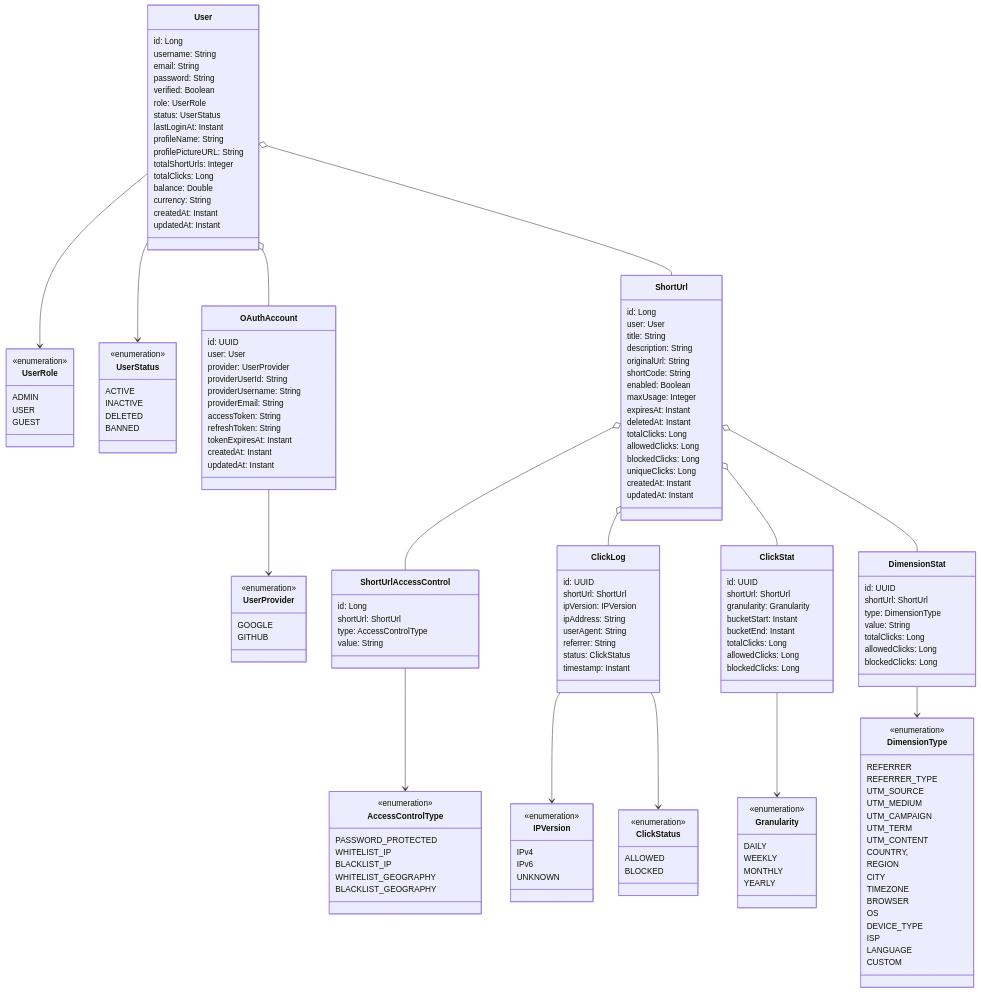
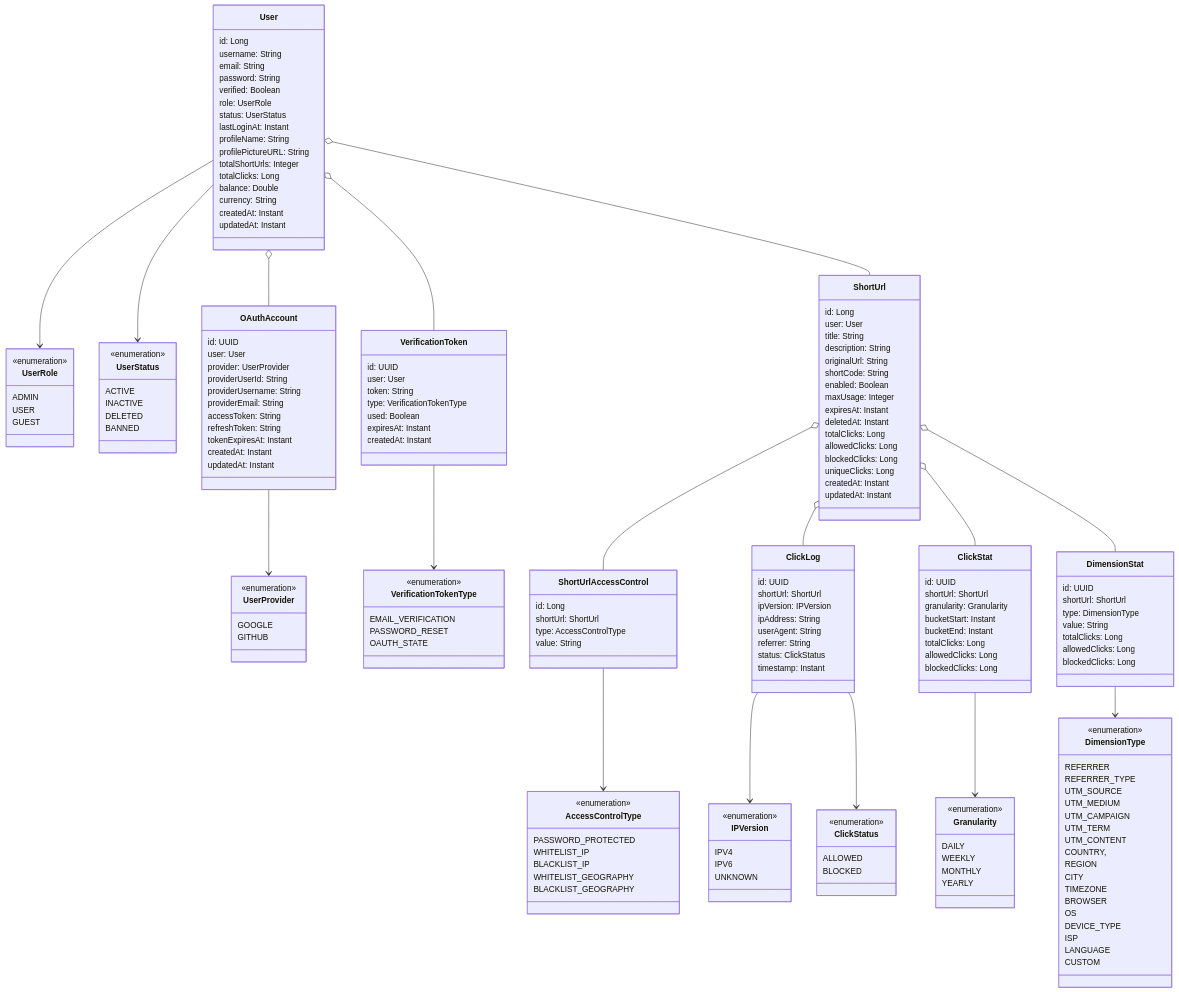
Before and after one commit to Zennisch/DATN_Intelink_Backend: the diagram in intelink-server/CLASS_DIAGRAM.md, drawn with Mermaid. The commit also changed 14 other files, not shown here.

```diff
--- a/intelink-server/CLASS_DIAGRAM.md
+++ b/intelink-server/CLASS_DIAGRAM.md
@@ -32,8 +32,8 @@
 
     class IPVersion {
         <<enumeration>>
-        IPv4
-        IPv6
+        IPV4
+        IPV6
         UNKNOWN
     }
 
@@ -73,6 +73,13 @@
         LANGUAGE
 
         CUSTOM
+    }
+
+    class VerificationTokenType {
+        <<enumeration>>
+        EMAIL_VERIFICATION
+        PASSWORD_RESET
+        OAUTH_STATE
     }
 
     class User {
@@ -115,6 +122,18 @@
 
         createdAt: Instant
         updatedAt: Instant
+    }
+
+    class VerificationToken {
+        id: UUID
+        user: User
+
+        token: String
+        type: VerificationTokenType
+        used: Boolean
+
+        expiresAt: Instant
+        createdAt: Instant
     }
 
     class ShortUrl {
@@ -183,6 +202,7 @@
     }
 
     User o-- OAuthAccount
+    User o-- VerificationToken
     User o-- ShortUrl
     ShortUrl o-- ShortUrlAccessControl
     ShortUrl o-- ClickLog
@@ -192,6 +212,7 @@
     User --> UserRole
     User --> UserStatus
     OAuthAccount --> UserProvider
+    VerificationToken --> VerificationTokenType
     ShortUrlAccessControl --> AccessControlType
     ClickLog --> IPVersion
     ClickLog --> ClickStatus
```
